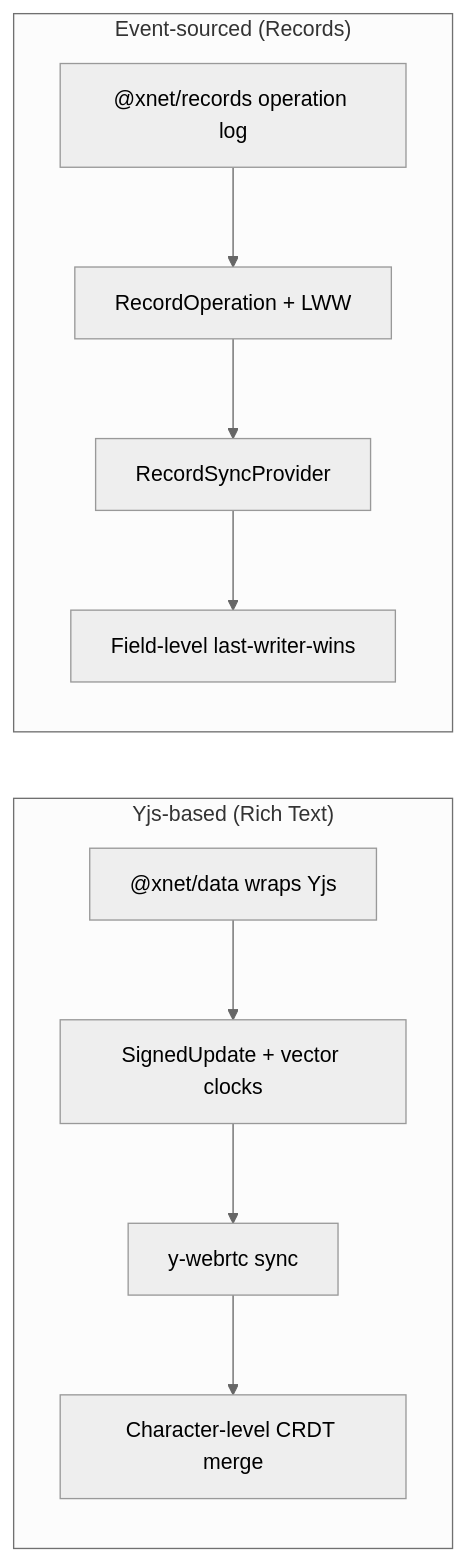
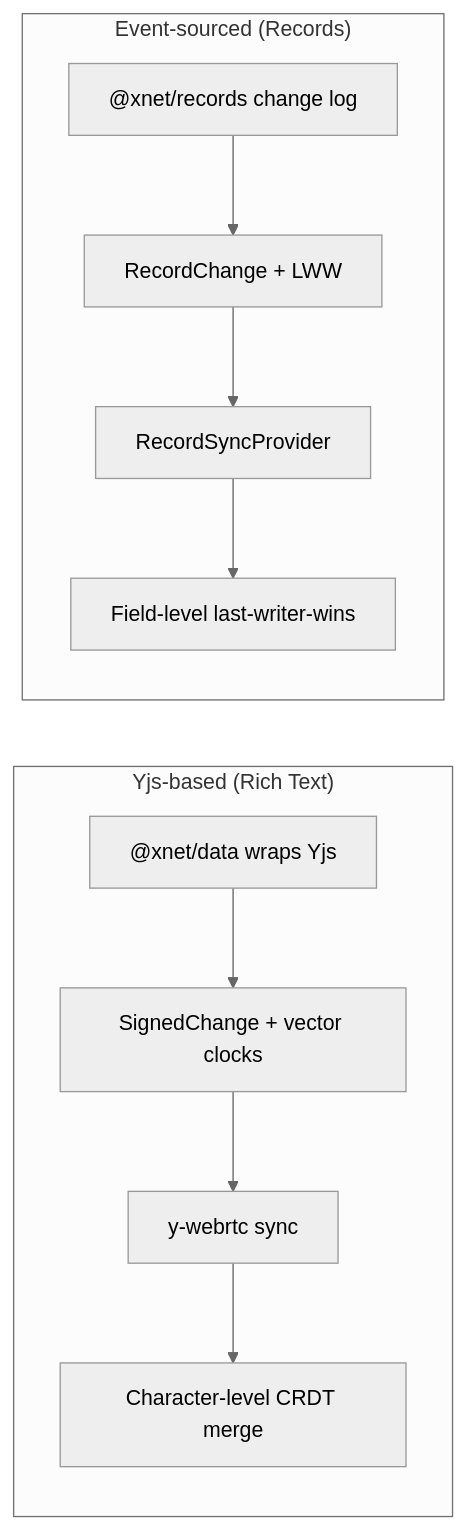
Before and after one commit to crs48/xNet: the second of 8 diagrams in docs/CODEBASE_REVIEW.md, drawn with Mermaid (neutral theme). The commit also changed other lines of this file and 5 other files, not shown here.

````diff
--- a/docs/CODEBASE_REVIEW.md
+++ b/docs/CODEBASE_REVIEW.md
@@ -102,20 +102,20 @@
 ```mermaid
 flowchart LR
     subgraph yjs["Yjs-based (Rich Text)"]
         direction TB
         Y1["@xnet/data wraps Yjs"]
-        Y2["SignedUpdate + vector clocks"]
+        Y2["SignedChange + vector clocks"]
         Y3["y-webrtc sync"]
         Y4["Character-level CRDT merge"]
         Y1 --> Y2 --> Y3 --> Y4
     end
 
     subgraph eventsource["Event-sourced (Records)"]
         direction TB
-        E1["@xnet/records operation log"]
-        E2["RecordOperation + LWW"]
+        E1["@xnet/records change log"]
+        E2["RecordChange + LWW"]
         E3["RecordSyncProvider"]
         E4["Field-level last-writer-wins"]
         E1 --> E2 --> E3 --> E4
     end
 ```
````
